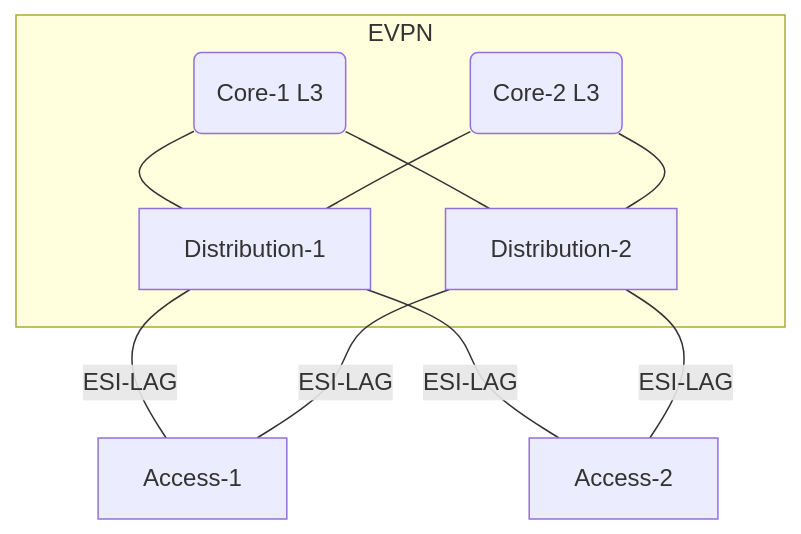
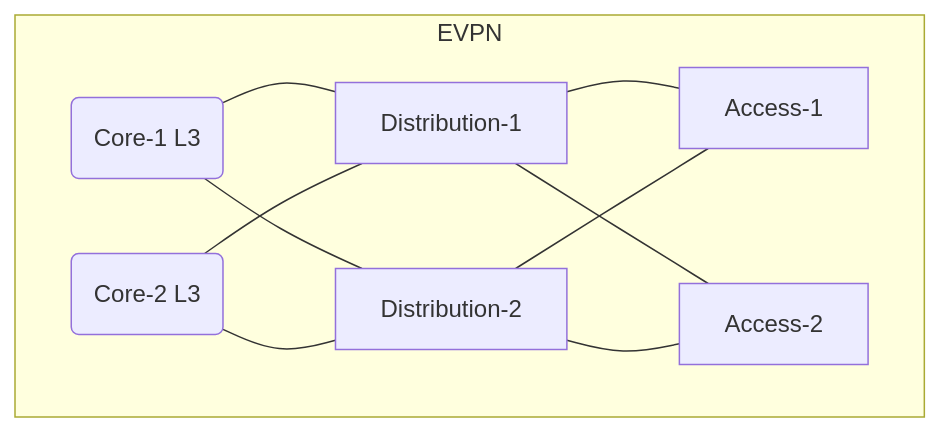
The first of 2 diagrams in EVPN-3Tier/src/EVPN-3Tier.md (Mist-Automation-Programmability/Mist-API-Cookbook), drawn with Mermaid before and after one commit. The commit also changed other lines of this file, not shown here.

Commit message:
Fixed Mermaid diagram to move Access into EVPN

````diff
--- a/EVPN-3Tier/src/EVPN-3Tier.md
+++ b/EVPN-3Tier/src/EVPN-3Tier.md
@@ -43,8 +43,9 @@
 ```mermaid
 %%{init: {'theme': 'default', "flowchart" : { "curve" : "basis" } } }%%
 graph TD;
     subgraph EVPN
         Core-1(Core-1 L3) & Core-2(Core-2 L3)---Distribution-1 & Distribution-2
+        Distribution-1 & Distribution-2---Access-1 & Access-2
         end
-    Distribution-1 & Distribution-2---|ESI-LAG|Access-1 & Access-2
+    
 ```
````
